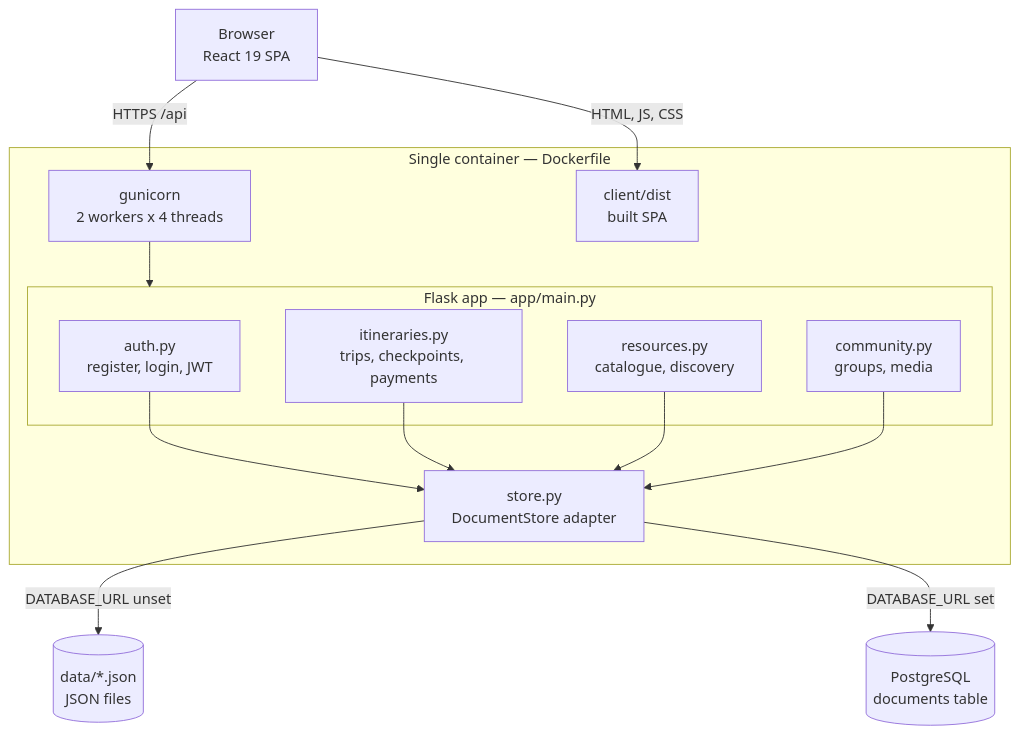
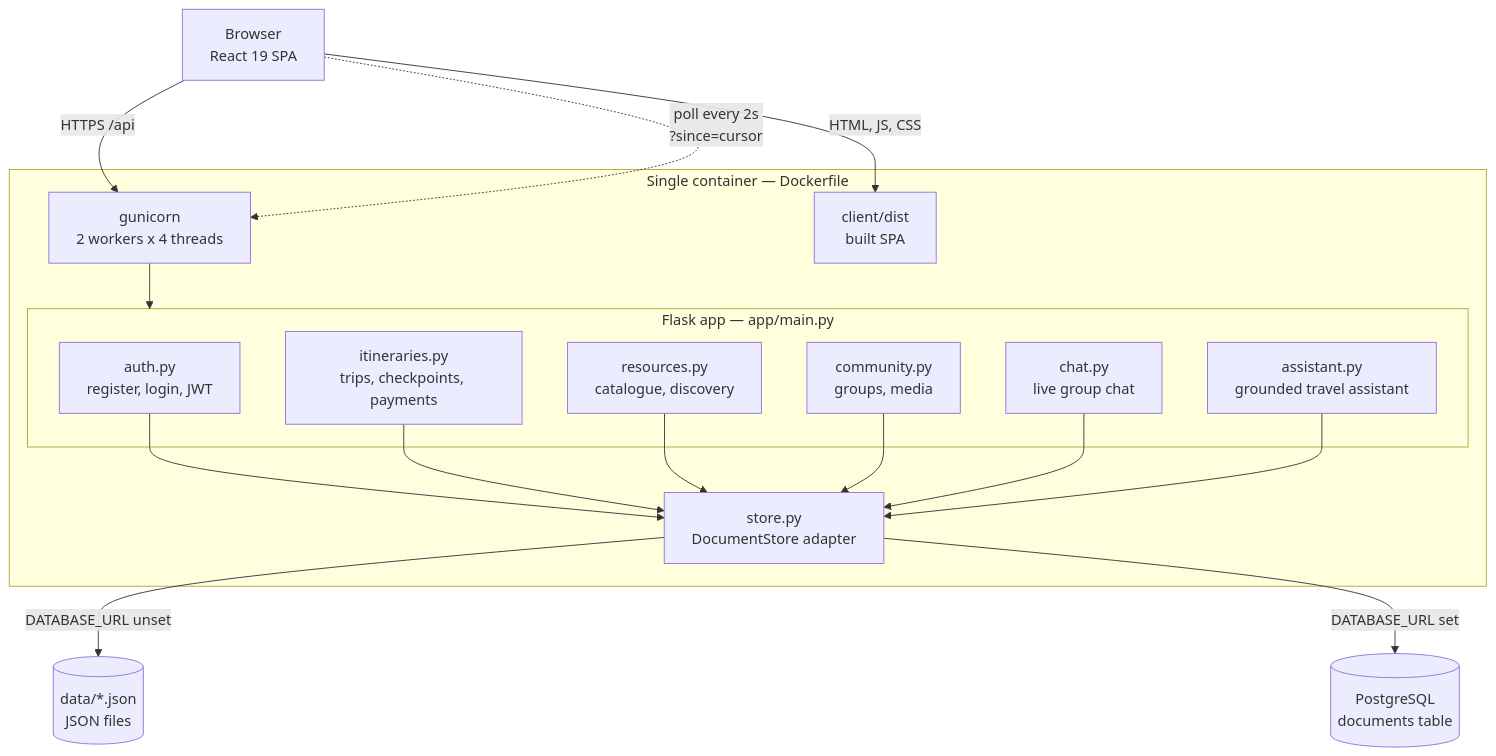
One commit to madongue/globetrotter-capstone changed the third of 8 diagrams in docs/uml.md. Above: the diagram before and after it, drawn with Mermaid. The commit also changed other lines of this file and 5 other files, not shown here.

````diff
--- a/docs/uml.md
+++ b/docs/uml.md
@@ -170,29 +170,34 @@
 ```mermaid
 graph TB
     Browser["Browser<br/>React 19 SPA"]
 
     subgraph Container["Single container — Dockerfile"]
         Gunicorn["gunicorn<br/>2 workers x 4 threads"]
         subgraph Flask["Flask app — app/main.py"]
             Auth["auth.py<br/>register, login, JWT"]
             Itin["itineraries.py<br/>trips, checkpoints, payments"]
             Res["resources.py<br/>catalogue, discovery"]
             Comm["community.py<br/>groups, media"]
+            Chat["chat.py<br/>live group chat"]
+            Assist["assistant.py<br/>grounded travel assistant"]
         end
         Store["store.py<br/>DocumentStore adapter"]
         Static["client/dist<br/>built SPA"]
     end
 
     Json[("data/*.json<br/>JSON files")]
     Pg[("PostgreSQL<br/>documents table")]
 
     Browser -->|HTTPS /api| Gunicorn
     Browser -->|HTML, JS, CSS| Static
     Gunicorn --> Flask
     Auth --> Store
     Itin --> Store
     Res --> Store
     Comm --> Store
+    Chat --> Store
+    Assist --> Store
+    Browser -.->|poll every 2s<br/>?since=cursor| Gunicorn
     Store -->|DATABASE_URL unset| Json
     Store -->|DATABASE_URL set| Pg
 ```
````
